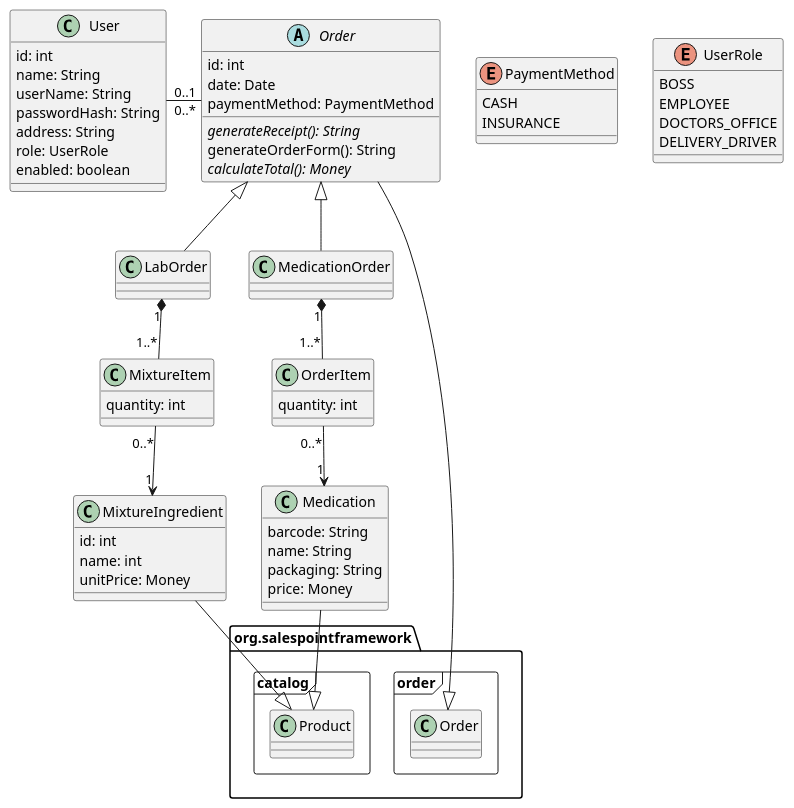
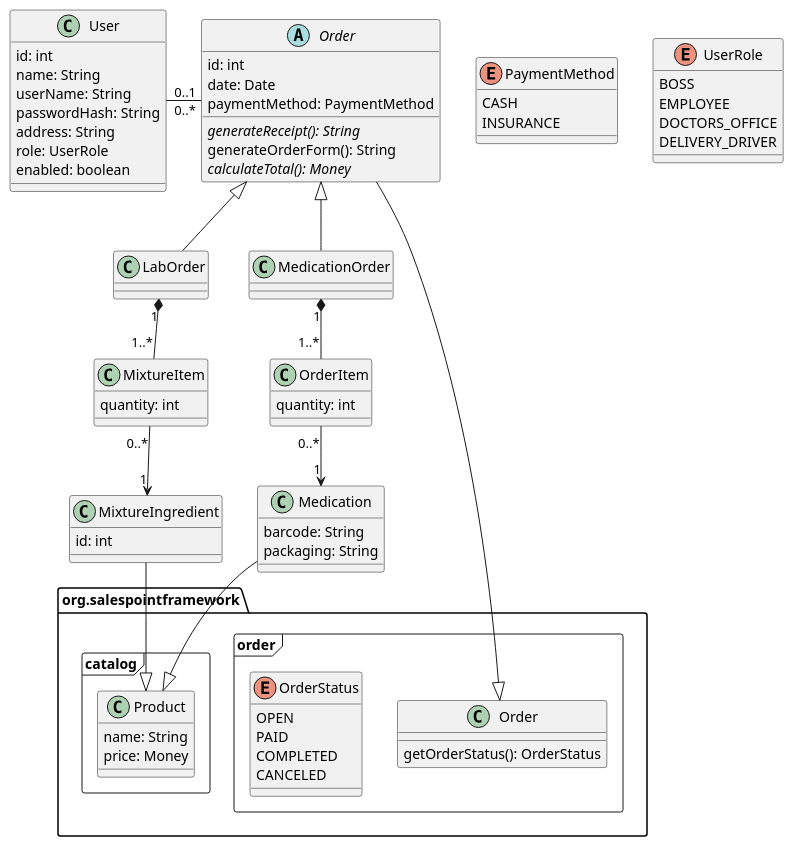
The diagram in src/main/asciidoc/models/analysis/class-diagramm.puml (Jack4948/Apotheke-G5-Public), drawn with PlantUML before and after one commit.

Commit message:
Add properties from Salespoint

```diff
--- a/src/main/asciidoc/models/analysis/class-diagramm.puml
+++ b/src/main/asciidoc/models/analysis/class-diagramm.puml
@@ -1,76 +1,84 @@
 @startuml Class Diagram
 abstract class Order {
   id: int
   date: Date
   paymentMethod: PaymentMethod
 
   {abstract} generateReceipt(): String
   generateOrderForm(): String
   {abstract} calculateTotal(): Money
 }
 
 class LabOrder extends Order {}
 class MedicationOrder extends Order {}
 
 enum PaymentMethod {
   CASH
   INSURANCE
 }
 
 class OrderItem {
   quantity: int
 }
 
 class Medication {
   barcode: String
-  name: String
   packaging: String
-  price: Money
 }
 
 MedicationOrder "1" *-- "1..*" OrderItem
 OrderItem "0..*" --> "1" Medication
 
 class MixtureItem {
   quantity: int
 }
 
 class MixtureIngredient {
   id: int
-  name: int
-  unitPrice: Money
 }
 LabOrder "1" *-- "1..*" MixtureItem
 MixtureItem "0..*" --> "1" MixtureIngredient
 
 class User {
   id: int
   name: String
   userName: String
   passwordHash: String
   address: String
   role: UserRole
   enabled: boolean
 }
 
 enum UserRole {
   BOSS
   EMPLOYEE
   DOCTORS_OFFICE
   DELIVERY_DRIVER
 }
 
 User "0..1" - "0..*" Order
 
 set separator ::
 package "org.salespointframework::catalog" <<Frame>> {
-  class Product
+  class Product {
+    name: String
+    price: Money
+  }
 }
 package "org.salespointframework::order" <<Frame>> {
-  class Order
+  class Order {
+    getOrderStatus(): OrderStatus
+  }
+
+  enum OrderStatus {
+    OPEN
+    PAID
+    COMPLETED
+    CANCELED
+  }
 }
 
 Medication --|> Product
 MixtureIngredient --|> Product
 Order --|> org.salespointframework::order::Order
 @enduml
```
